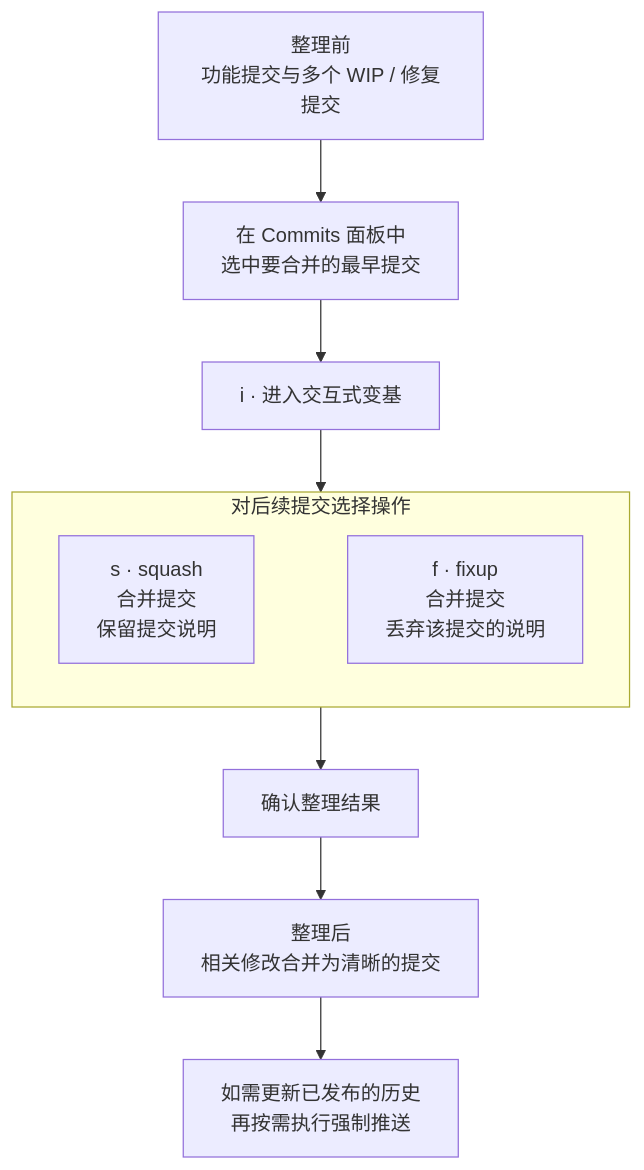
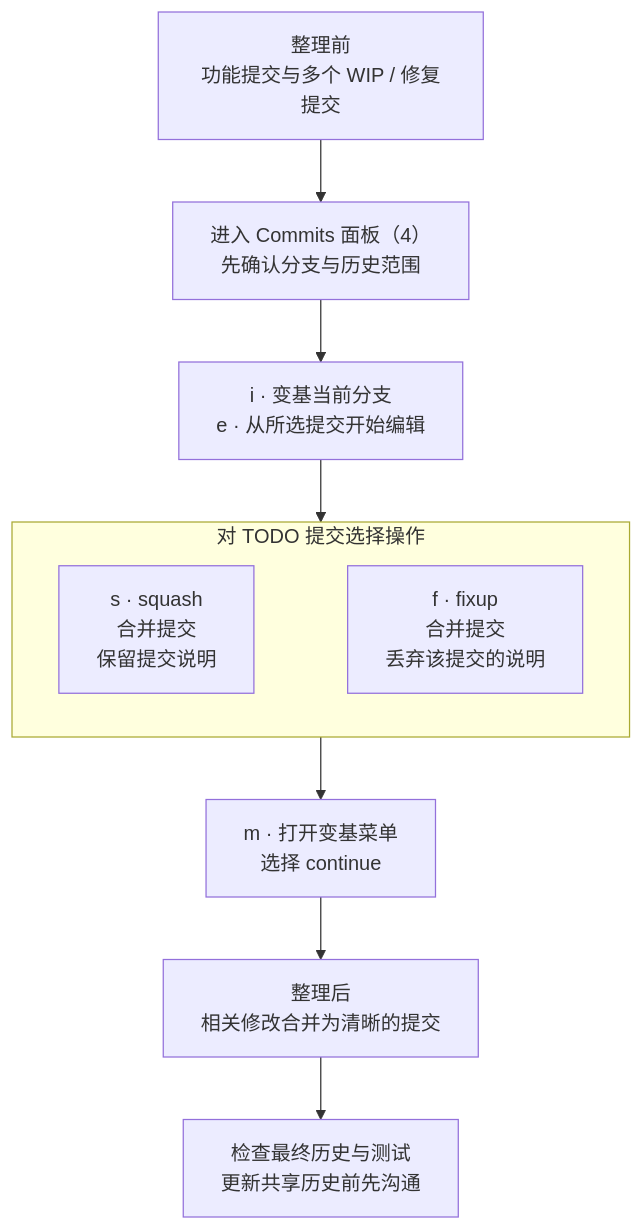
One commit to Jackie-Daddy/Lab-Tutorial changed the diagram in diagrams/zh/lazygit-rebase.mmd. Above: the diagram before and after it, drawn with Mermaid. The commit also changed 77 other files, not shown here.

```diff
--- a/diagrams/zh/lazygit-rebase.mmd
+++ b/diagrams/zh/lazygit-rebase.mmd
@@ -1,19 +1,19 @@
 flowchart TB
-  accTitle: 使用交互式变基整理提交历史
-  accDescr: 在 Commits 面板选中要合并的最早提交，按 i 进入交互式变基。后续提交可用 squash 合并并保留提交说明，或用 fixup 合并并丢弃提交说明。确认后得到整理后的历史，已发布的历史可能需要强制推送。
+  accTitle: 在 Lazygit 中整理当前分支历史
+  accDescr: 在提交面板按 i 对当前分支启动交互式变基。对 TODO 提交使用 s 或 f，再用 m 菜单继续。需要从选中提交开始编辑时使用 e；已共享的历史先与协作者确认。
   before["整理前<br/>功能提交与多个 WIP / 修复提交"]
-  select["在 Commits 面板中<br/>选中要合并的最早提交"]
-  rebase["i · 进入交互式变基"]
-  subgraph actions["对后续提交选择操作"]
+  select["进入 Commits 面板（4）<br/>先确认分支与历史范围"]
+  rebase["i · 变基当前分支<br/>e · 从所选提交开始编辑"]
+  subgraph actions["对 TODO 提交选择操作"]
     direction LR
     squash["s · squash<br/>合并提交<br/>保留提交说明"]
     fixup["f · fixup<br/>合并提交<br/>丢弃该提交的说明"]
     squash ~~~ fixup
   end
-  confirm["确认整理结果"]
+  confirm["m · 打开变基菜单<br/>选择 continue"]
   after["整理后<br/>相关修改合并为清晰的提交"]
-  published["如需更新已发布的历史<br/>再按需执行强制推送"]
+  published["检查最终历史与测试<br/>更新共享历史前先沟通"]
   before --> select --> rebase
   rebase --> actions
   actions --> confirm
   confirm --> after --> published
```
